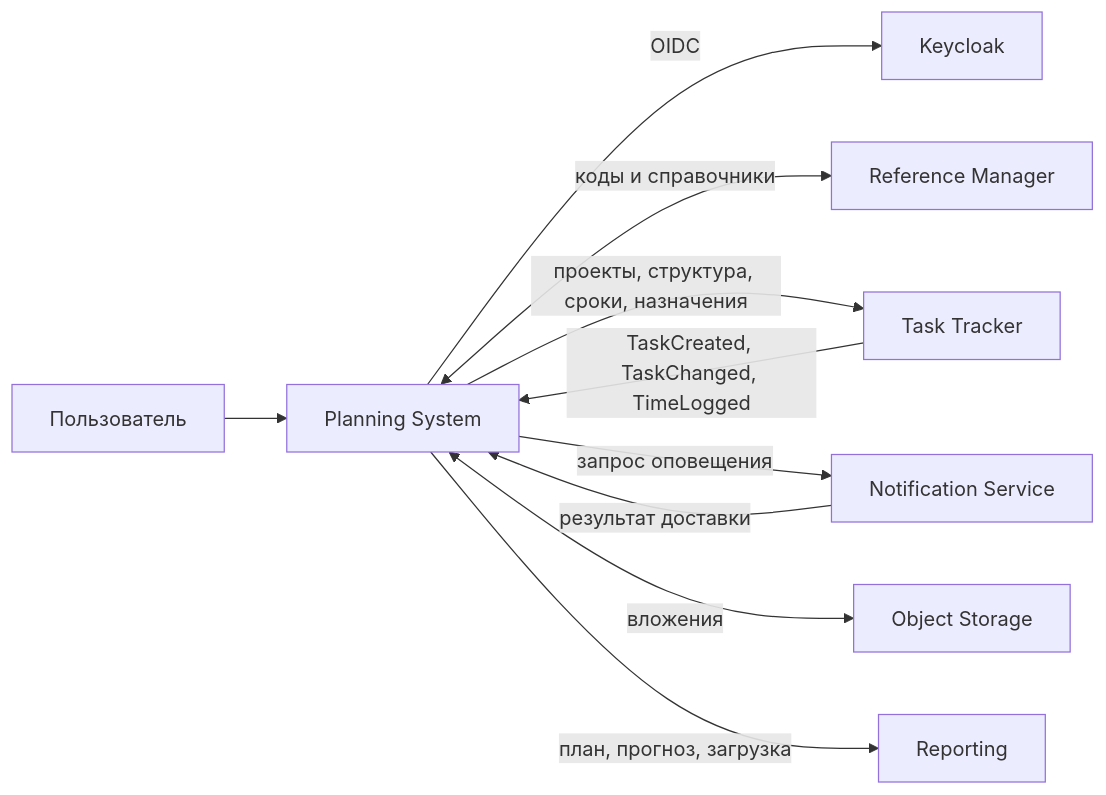
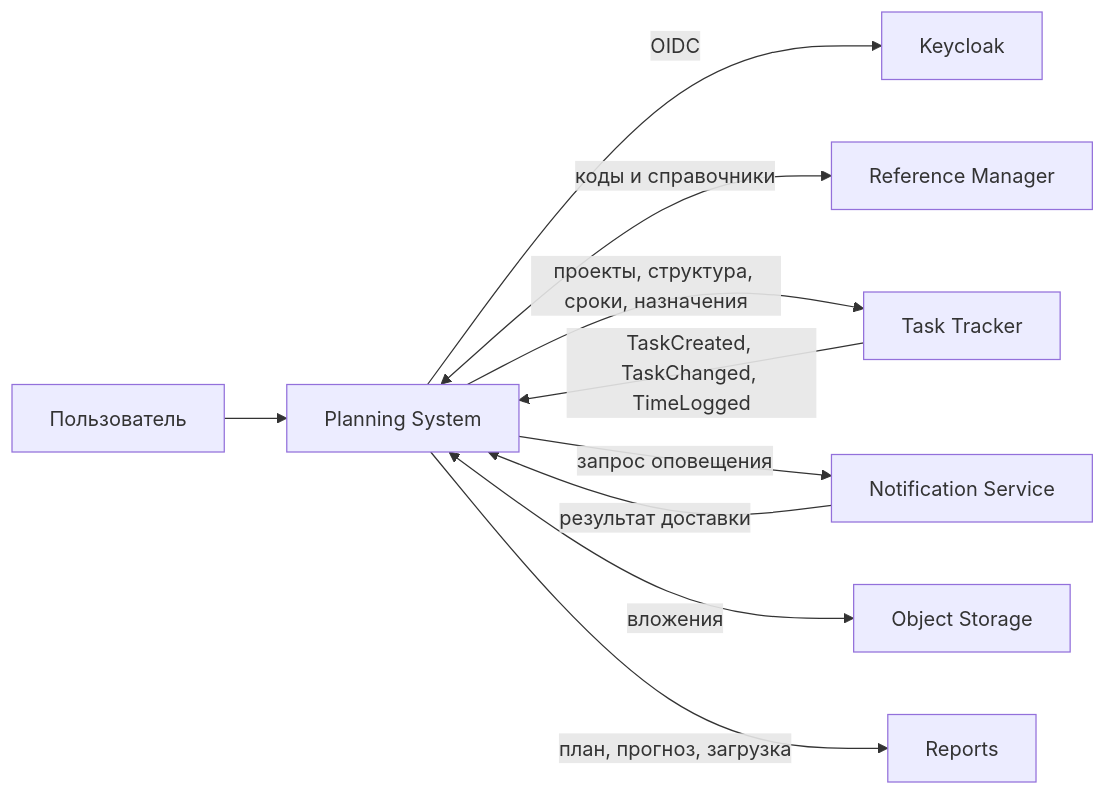
The diagram in planning-system/docs/system-landscape.md (MEPhI-C22-501/arch-info-system-monorepo), drawn with Mermaid before and after one commit. The commit also changed 111 other files, not shown here.

````diff
--- a/planning-system/docs/system-landscape.md
+++ b/planning-system/docs/system-landscape.md
@@ -15,12 +15,12 @@
 ```mermaid
 flowchart LR
   user["Пользователь"] --> planning["Planning System"]
   planning -->|"OIDC"| keycloak["Keycloak"]
   planning <-->|"коды и справочники"| reference["Reference Manager"]
   planning -->|"проекты, структура, сроки, назначения"| tracker["Task Tracker"]
   tracker -->|"TaskCreated, TaskChanged, TimeLogged"| planning
   planning -->|"запрос оповещения"| notify["Notification Service"]
   notify -->|"результат доставки"| planning
   planning <-->|"вложения"| storage["Object Storage"]
-  planning -->|"план, прогноз, загрузка"| reporting["Reporting"]
+  planning -->|"план, прогноз, загрузка"| reporting["Reports"]
 ```
````
